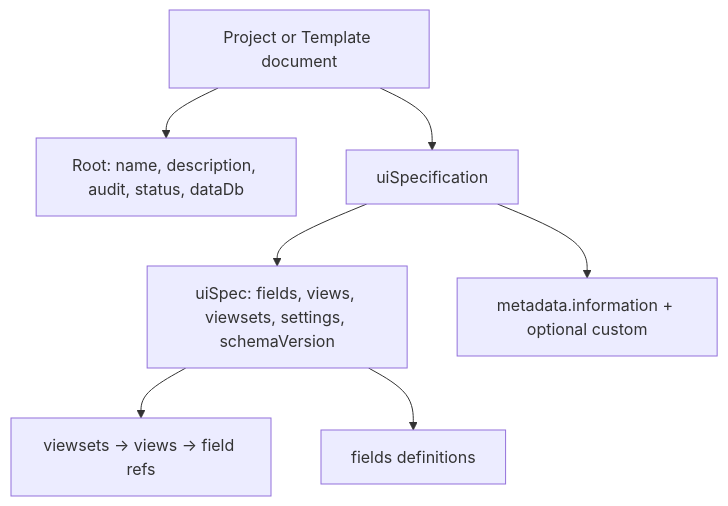
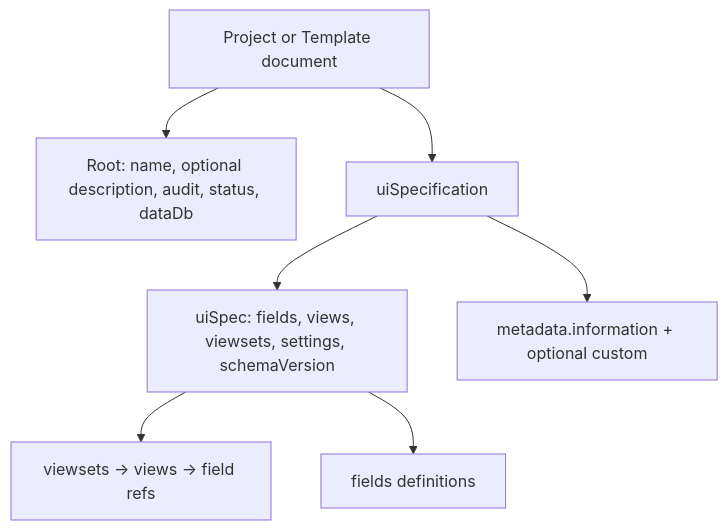
Before and after one commit to FAIMS/FAIMS3: the second of 3 diagrams in docs/developer/docs/source/markdown/Configuration.md, drawn with Mermaid. The commit also changed other lines of this file and 42 other files, not shown here.

Commit message:
Improving description handling to be optional 250 char limit. Updating documentation. Improving text on forms.

````diff
--- a/docs/developer/docs/source/markdown/Configuration.md
+++ b/docs/developer/docs/source/markdown/Configuration.md
@@ -59,9 +59,9 @@
 ```mermaid
 graph TD
-    P[Project or Template document] --> R[Root: name, description, audit, status, dataDb]
+    P[Project or Template document] --> R[Root: name, optional description, audit, status, dataDb]
     P --> U[uiSpecification]
     U --> US[uiSpec: fields, views, viewsets, settings, schemaVersion]
     U --> M[metadata.information + optional custom]
     US --> VS[viewsets → views → field refs]
     US --> FD[fields definitions]
 ```
````
